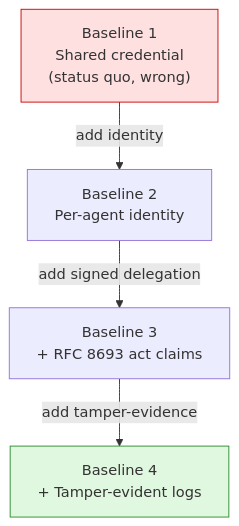
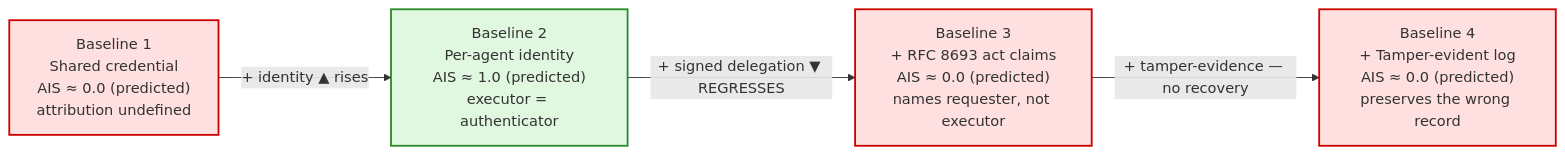
Before and after one commit to rahulsingh1397/aegis-at: the sixth of 8 diagrams in Documents/InitialDocs/attribution_integrity_visual.md, drawn with Mermaid. The commit also changed other lines of this file and 14 other files, not shown here.

````diff
--- a/Documents/InitialDocs/attribution_integrity_visual.md
+++ b/Documents/InitialDocs/attribution_integrity_visual.md
@@ -184,14 +167,14 @@
 ```mermaid
-flowchart TD
-    B1["Baseline 1<br/>Shared credential<br/>(status quo, wrong)"]
-    B2["Baseline 2<br/>Per-agent identity"]
-    B3["Baseline 3<br/>+ RFC 8693 act claims"]
-    B4["Baseline 4<br/>+ Tamper-evident logs"]
-    B1 -->|"add identity"| B2
-    B2 -->|"add signed delegation"| B3
-    B3 -->|"add tamper-evidence"| B4
-    classDef weak fill:#ffe0e0,stroke:#cc0000;
-    classDef strong fill:#e0f7e0,stroke:#2a8a2a;
-    class B1 weak;
-    class B4 strong;
+flowchart LR
+    B1["Baseline 1<br/>Shared credential<br/>AIS ≈ 0.0 (predicted)<br/>attribution undefined"]
+    B2["Baseline 2<br/>Per-agent identity<br/>AIS ≈ 1.0 (predicted)<br/>executor = authenticator"]
+    B3["Baseline 3<br/>+ RFC 8693 act claims<br/>AIS ≈ 0.0 (predicted)<br/>names requester, not executor"]
+    B4["Baseline 4<br/>+ Tamper-evident log<br/>AIS ≈ 0.0 (predicted)<br/>preserves the wrong record"]
+    B1 -->|"+ identity ▲ rises"| B2
+    B2 -->|"+ signed delegation ▼ REGRESSES"| B3
+    B3 -->|"+ tamper-evidence — no recovery"| B4
+    classDef good fill:#e0f7e0,stroke:#2a8a2a,stroke-width:2px;
+    classDef bad fill:#ffe0e0,stroke:#cc0000,stroke-width:2px;
+    class B2 good;
+    class B1,B3,B4 bad;
 ```
````
